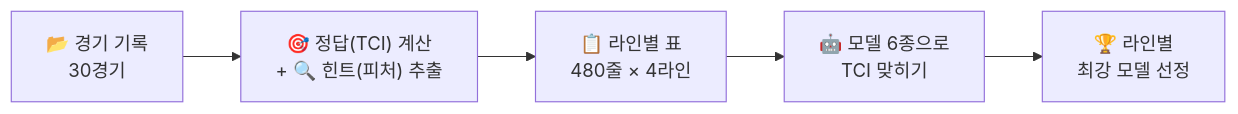
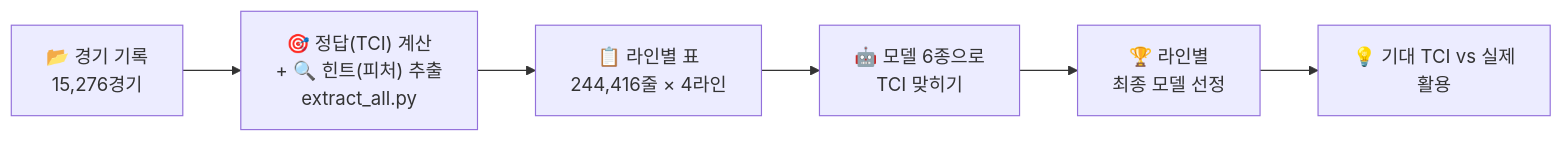
One commit to pes79/lol-performance-analysis changed the second of 6 diagrams in README.md. Above: the diagram before and after it, drawn with Mermaid. The commit also changed other lines of this file, not shown here.

````diff
--- a/README.md
+++ b/README.md
@@ -67,7 +71,8 @@
 ```mermaid
 flowchart LR
-    A["📂 경기 기록<br/>30경기"] --> B["🎯 정답(TCI) 계산<br/>+ 🔍 힌트(피처) 추출"]
-    B --> C["📋 라인별 표<br/>480줄 × 4라인"]
+    A["📂 경기 기록<br/>15,276경기"] --> B["🎯 정답(TCI) 계산<br/>+ 🔍 힌트(피처) 추출<br/>extract_all.py"]
+    B --> C["📋 라인별 표<br/>244,416줄 × 4라인"]
     C --> D["🤖 모델 6종으로<br/>TCI 맞히기"]
-    D --> E["🏆 라인별<br/>최강 모델 선정"]
+    D --> E["🏆 라인별<br/>최종 모델 선정"]
+    E --> F["💡 기대 TCI vs 실제<br/>활용"]
 ```
````
